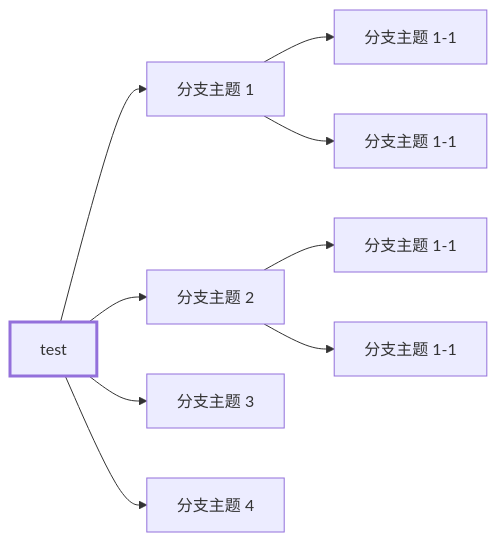
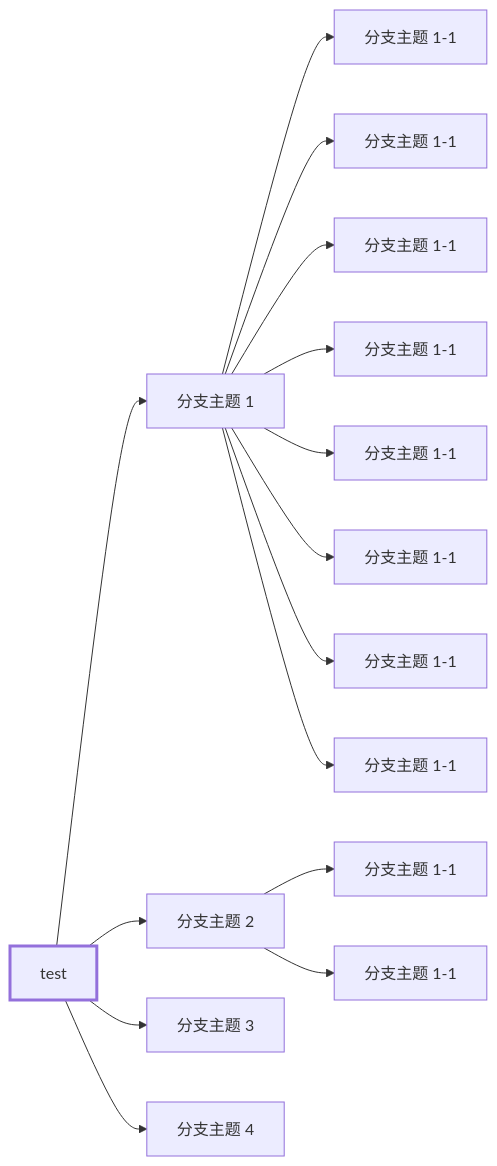
One commit to TangBinQiang/Blog-Quartz changed the first of 7 diagrams in content/test.md. Above: the diagram before and after it, drawn with Mermaid. The commit also changed 1 other file, not shown here.

Commit message:
Quartz sync: Jan 24, 2026, 8:25 PM

````diff
--- a/content/test.md
+++ b/content/test.md
@@ -29,14 +29,20 @@
 ```mermaid
 flowchart LR
   A[test]
   A --> B[分支主题 1]
 	  B --> B01[分支主题 1-1]
 	  B --> B02[分支主题 1-1]
+	  B --> B03[分支主题 1-1]
+	  B --> B04[分支主题 1-1]
+	  B --> B05[分支主题 1-1]
+	  B --> B06[分支主题 1-1]
+	  B --> B07[分支主题 1-1]
+	  B --> B08[分支主题 1-1]
   A --> C[分支主题 2]
 	  C --> C01[分支主题 1-1]
 	  C --> C02[分支主题 1-1]
   A --> D[分支主题 3]
   A --> E[分支主题 4]
 
 style A stroke-width:3px
 ```
````
